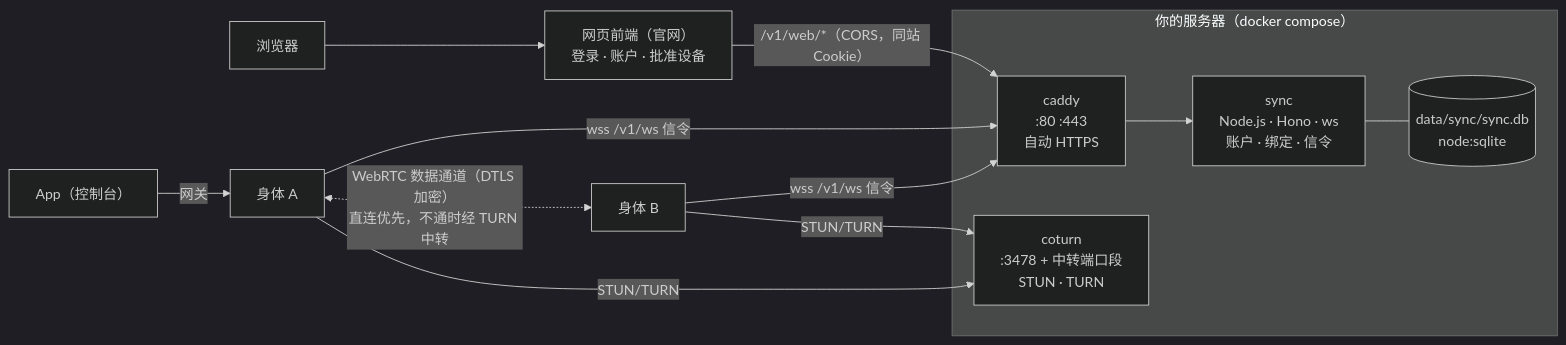
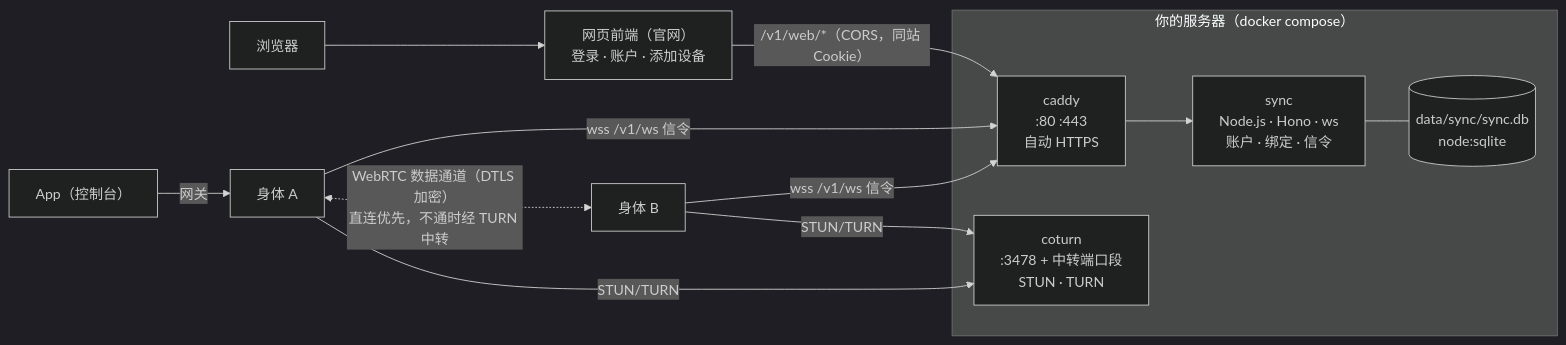
The diagram in sync/docs/ARCHITECTURE.md (Causally-XYZ/Project.Quetzal), drawn with Mermaid (dark theme) before and after one commit. The commit also changed other lines of this file and 10 other files, not shown here.

````diff
--- a/sync/docs/ARCHITECTURE.md
+++ b/sync/docs/ARCHITECTURE.md
@@ -5,16 +5,16 @@
 ```mermaid
 flowchart LR
   subgraph Server["你的服务器（docker compose）"]
     CADDY["caddy<br/>:80 :443<br/>自动 HTTPS"] --> SYNC["sync<br/>Node.js · Hono · ws<br/>账户 · 绑定 · 信令"]
     SYNC --- DB[("data/sync/sync.db<br/>node:sqlite")]
     TURN["coturn<br/>:3478 + 中转端口段<br/>STUN · TURN"]
   end
-  W["网页前端（官网）<br/>登录 · 账户 · 批准设备"] -- "/v1/web/*（CORS，同站 Cookie）" --> CADDY
+  W["网页前端（官网）<br/>登录 · 账户 · 添加设备"] -- "/v1/web/*（CORS，同站 Cookie）" --> CADDY
   U["浏览器"] --> W
   APP["App（控制台）"] -- 网关 --> A
   A["身体 A"] -- "wss /v1/ws 信令" --> CADDY
   B["身体 B"] -- "wss /v1/ws 信令" --> CADDY
   A <-. "WebRTC 数据通道（DTLS 加密）<br/>直连优先，不通时经 TURN 中转" .-> B
   A -- STUN/TURN --> TURN
   B -- STUN/TURN --> TURN
 ```
````
